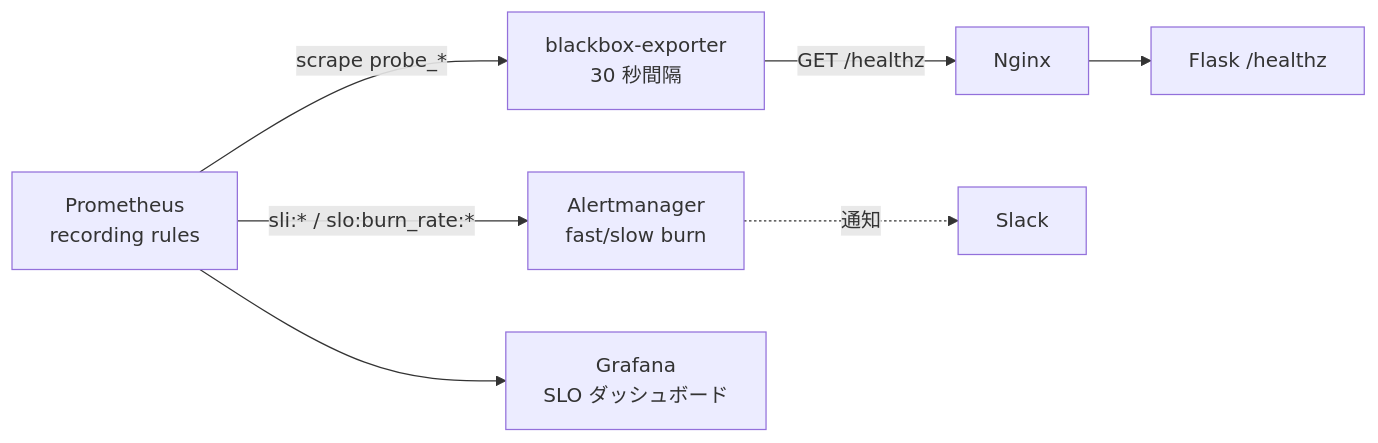
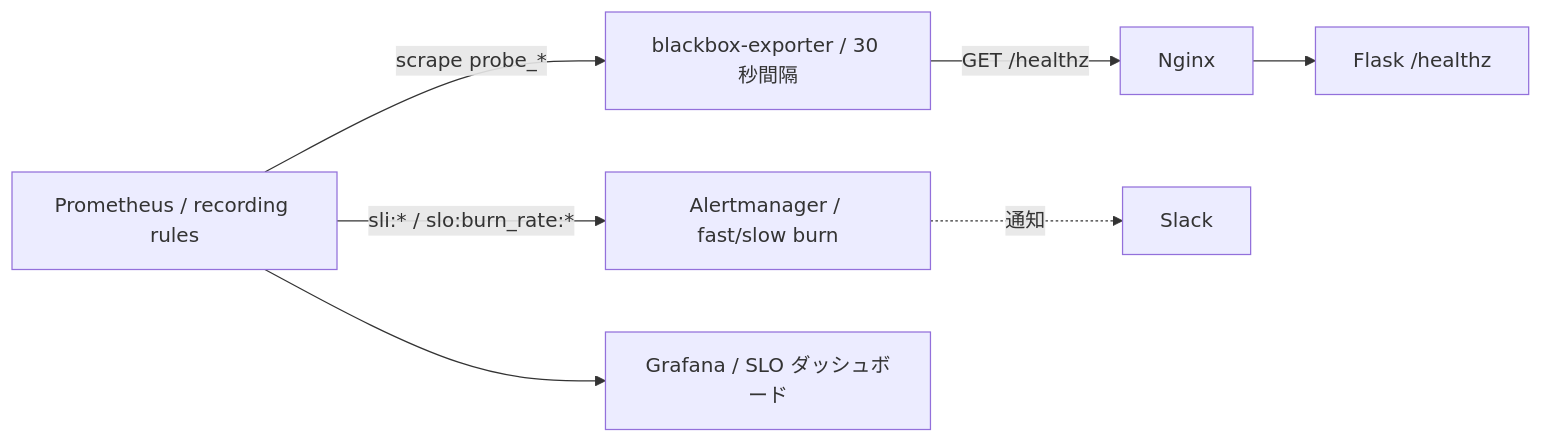
Before and after one commit to ns7jp/server: the second of 2 diagrams in docs/architecture.md, drawn with Mermaid. The commit also changed other lines of this file and 8 other files, not shown here.

Commit message:
Fix Mermaid diagrams on GitHub

````diff
--- a/docs/architecture.md
+++ b/docs/architecture.md
@@ -89,13 +83,9 @@
 ```mermaid
 flowchart LR
-    Probe["`blackbox-exporter
-    30 秒間隔`"] -->|"GET /healthz"| Nginx
+    Probe["blackbox-exporter / 30 秒間隔"] -->|"GET /healthz"| Nginx
     Nginx --> App["Flask /healthz"]
-    Prom["`Prometheus
-    recording rules`"] -->|"scrape probe_*"| Probe
-    Prom -->|"sli:* / slo:burn_rate:*"| Alert["`Alertmanager
-    fast/slow burn`"]
-    Prom --> Grafana["`Grafana
-    SLO ダッシュボード`"]
+    Prom["Prometheus / recording rules"] -->|"scrape probe_*"| Probe
+    Prom -->|"sli:* / slo:burn_rate:*"| Alert["Alertmanager / fast/slow burn"]
+    Prom --> Grafana["Grafana / SLO ダッシュボード"]
     Alert -.通知.-> Slack
 ```
````
